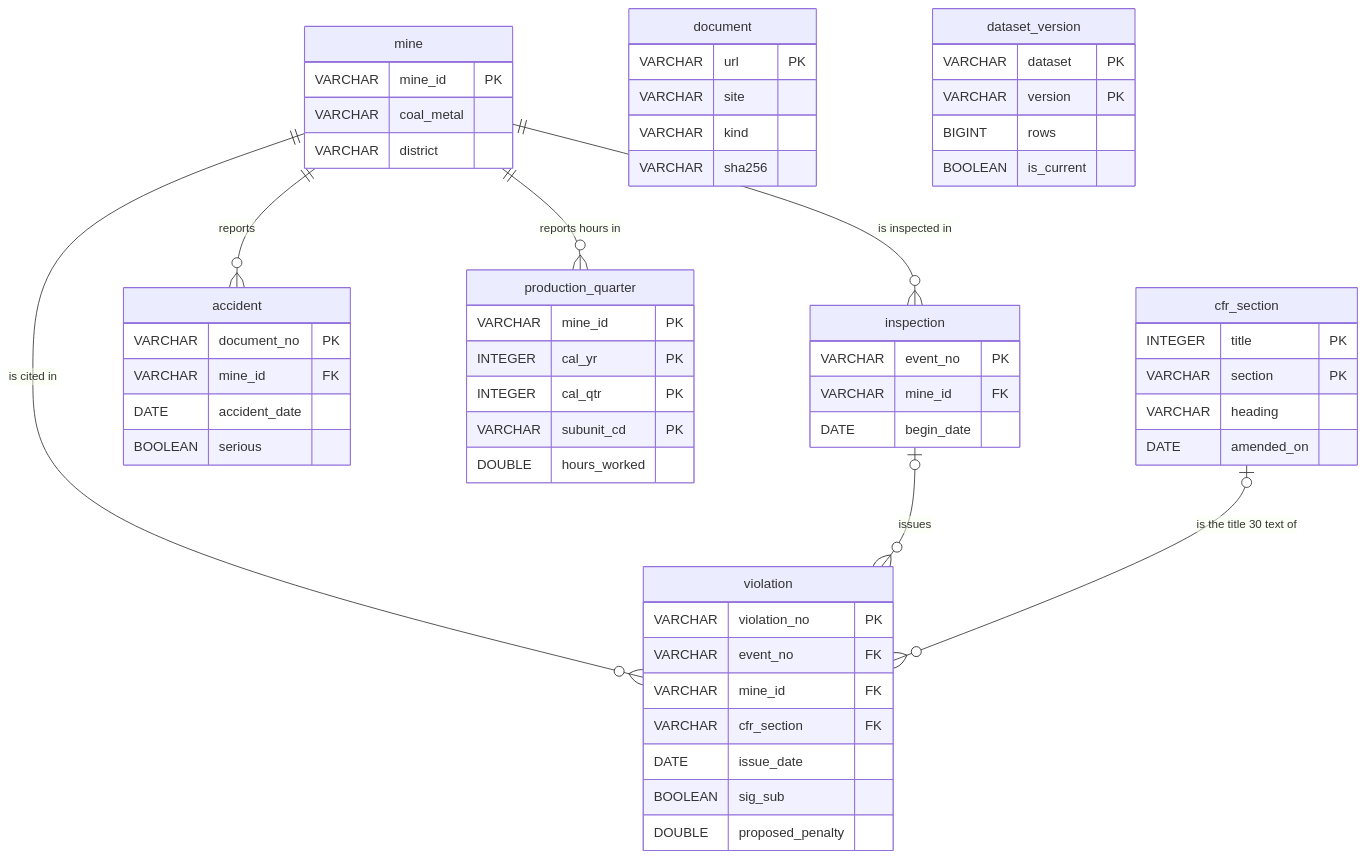
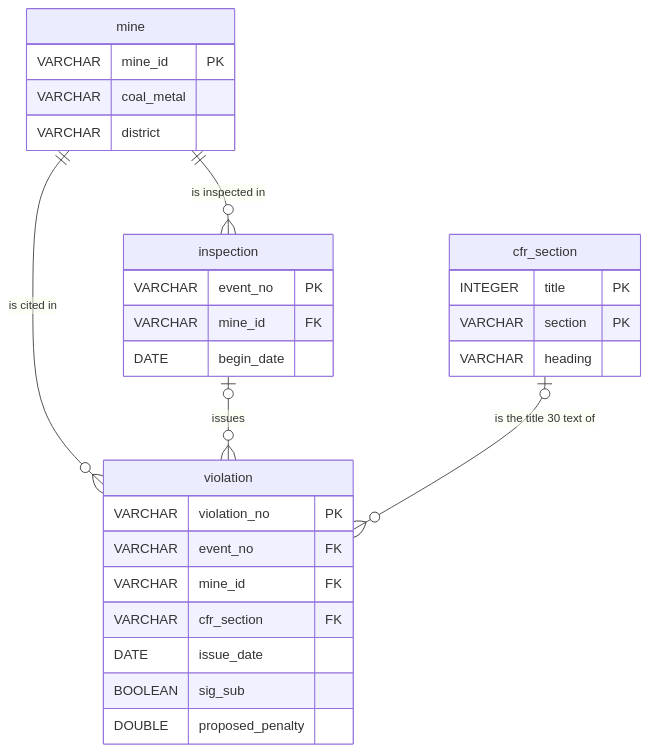
The second of 4 diagrams in README.md (USERZEROA/safestart-data-pipeline), drawn with Mermaid before and after one commit. The commit also changed other lines of this file and 2 other files, not shown here.

````diff
--- a/README.md
+++ b/README.md
@@ -244,59 +263,31 @@
 ```mermaid
 erDiagram
     mine ||--o{ inspection : "is inspected in"
     mine ||--o{ violation : "is cited in"
     inspection |o--o{ violation : "issues"
-    mine ||--o{ accident : "reports"
-    mine ||--o{ production_quarter : "reports hours in"
     cfr_section |o--o{ violation : "is the title 30 text of"
     mine {
         VARCHAR mine_id PK
         VARCHAR coal_metal
         VARCHAR district
     }
     inspection {
         VARCHAR event_no PK
         VARCHAR mine_id FK
         DATE begin_date
     }
     violation {
         VARCHAR violation_no PK
         VARCHAR event_no FK
         VARCHAR mine_id FK
         VARCHAR cfr_section FK
         DATE issue_date
         BOOLEAN sig_sub
         DOUBLE proposed_penalty
     }
-    accident {
-        VARCHAR document_no PK
-        VARCHAR mine_id FK
-        DATE accident_date
-        BOOLEAN serious
-    }
-    production_quarter {
-        VARCHAR mine_id PK
-        INTEGER cal_yr PK
-        INTEGER cal_qtr PK
-        VARCHAR subunit_cd PK
-        DOUBLE hours_worked
-    }
     cfr_section {
         INTEGER title PK
         VARCHAR section PK
         VARCHAR heading
-        DATE amended_on
-    }
-    document {
-        VARCHAR url PK
-        VARCHAR site
-        VARCHAR kind
-        VARCHAR sha256
-    }
-    dataset_version {
-        VARCHAR dataset PK
-        VARCHAR version PK
-        BIGINT rows
-        BOOLEAN is_current
     }
 ```
````
